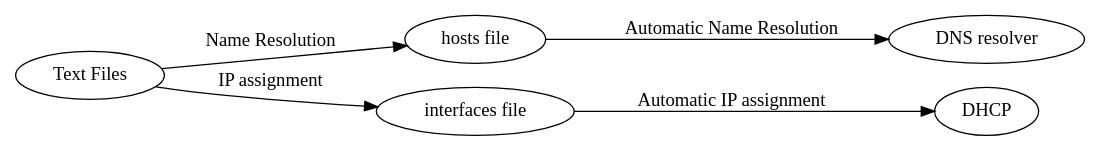
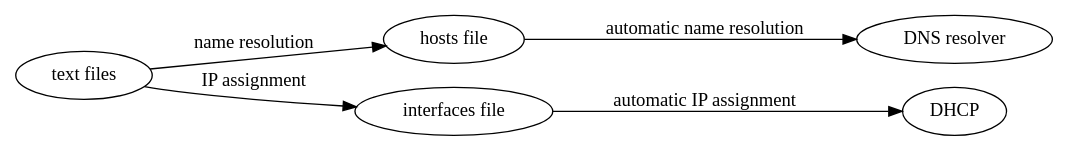
One commit to websages/OpsCraft changed the diagram in technology.dot. Above: the diagram before and after it, drawn with Graphviz. The commit also changed 3 other files, not shown here.

```diff
--- a/technology.dot
+++ b/technology.dot
@@ -1,9 +1,9 @@
 digraph trees {
   rankdir=LR;
   subgraph opscraft {
-    "Text Files"            -> "hosts file"               [label = "Name Resolution"];
-    "Text Files"            -> "interfaces file"          [label = "IP assignment"];
-    "hosts file"            -> "DNS resolver"             [label = "Automatic Name Resolution"];
-    "interfaces file"       -> "DHCP"                     [label = "Automatic IP assignment"];
+    "text files"            -> "hosts file"               [label = "name resolution"];
+    "text files"            -> "interfaces file"          [label = "IP assignment"];
+    "hosts file"            -> "DNS resolver"             [label = "automatic name resolution"];
+    "interfaces file"       -> "DHCP"                     [label = "automatic IP assignment"];
   }
 }
```
